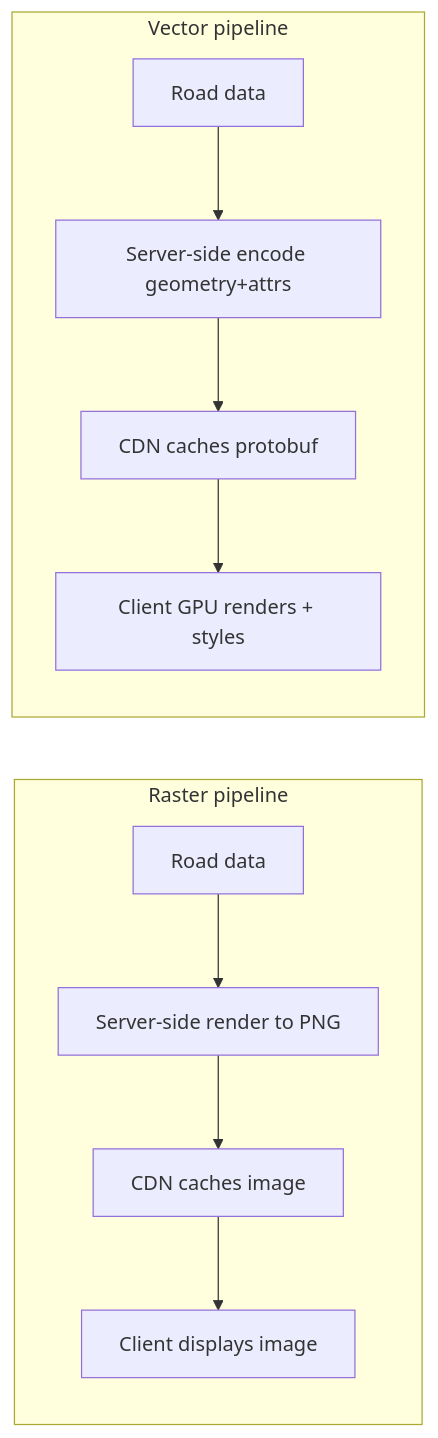
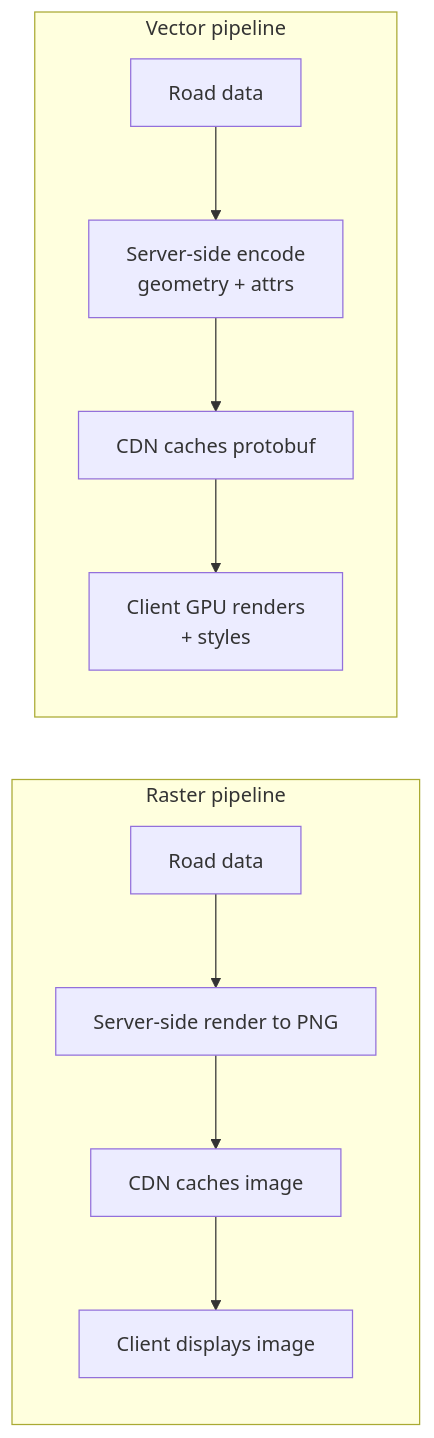
One commit to riyaz-pasha/Learnings changed diagram 16 of 27 in system-design/HLD/0-course/28-Design Google Maps-FAANG-Guide.md. Above: the diagram before and after it, drawn with Mermaid. The commit also changed other lines of this file and 1 other file, not shown here.

````diff
--- a/system-design/HLD/0-course/28-Design Google Maps-FAANG-Guide.md
+++ b/system-design/HLD/0-course/28-Design Google Maps-FAANG-Guide.md
@@ -704,9 +810,9 @@
 ```mermaid
 flowchart LR
     subgraph Raster["Raster pipeline"]
-        R1[Road data] --> R2[Server-side render to PNG] --> R3[CDN caches image] --> R4[Client displays image]
+        R1["Road data"] --> R2["Server-side render to PNG"] --> R3["CDN caches image"] --> R4["Client displays image"]
     end
     subgraph Vector["Vector pipeline"]
-        V1[Road data] --> V2[Server-side encode geometry+attrs] --> V3[CDN caches protobuf] --> V4[Client GPU renders + styles]
+        V1["Road data"] --> V2["Server-side encode<br/>geometry + attrs"] --> V3["CDN caches protobuf"] --> V4["Client GPU renders<br/>+ styles"]
     end
 ```
````
